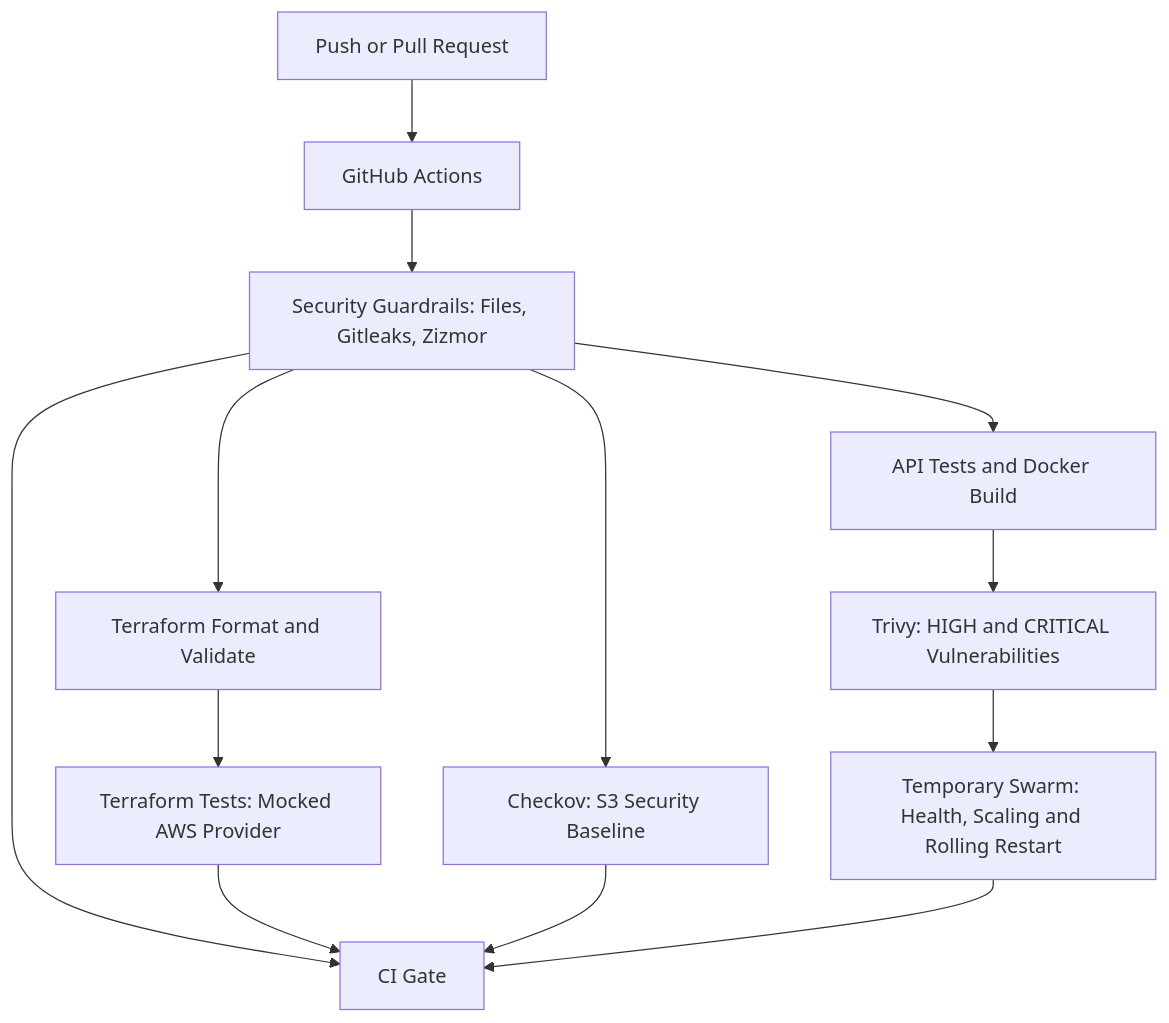
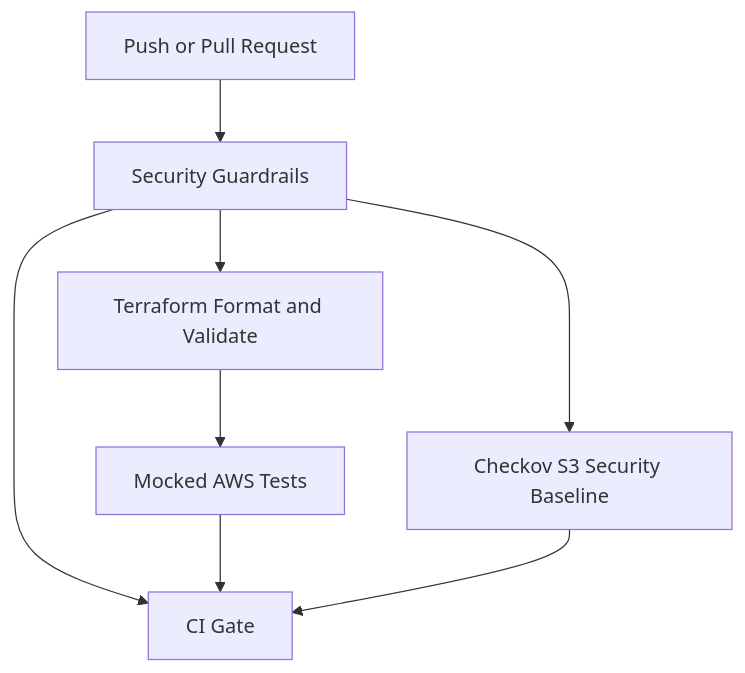
Before and after one commit to MEduardaGoes/AWS-Infrastructure-Automation---Terraform-GitHub-Actions: the diagram in README.md, drawn with Mermaid. The commit also changed other lines of this file and 10 other files, not shown here.

Commit message:
refactor: focus project on Terraform S3 security validation

````diff
--- a/README.md
+++ b/README.md
@@ -23,15 +20,10 @@
 ```mermaid
 flowchart TD
-    A[Push or Pull Request] --> B[GitHub Actions]
-    B --> G[Security Guardrails: Files, Gitleaks, Zizmor]
-    G --> C[Terraform Format and Validate]
-    C --> D[Terraform Tests: Mocked AWS Provider]
-    G --> E[Checkov: S3 Security Baseline]
-    G --> H[API Tests and Docker Build]
-    H --> I[Trivy: HIGH and CRITICAL Vulnerabilities]
-    I --> J[Temporary Swarm: Health, Scaling and Rolling Restart]
-    G --> F[CI Gate]
+    A[Push or Pull Request] --> B[Security Guardrails]
+    B --> C[Terraform Format and Validate]
+    C --> D[Mocked AWS Tests]
+    B --> E[Checkov S3 Security Baseline]
+    B --> F[CI Gate]
     D --> F
     E --> F
-    J --> F
 ```
````
